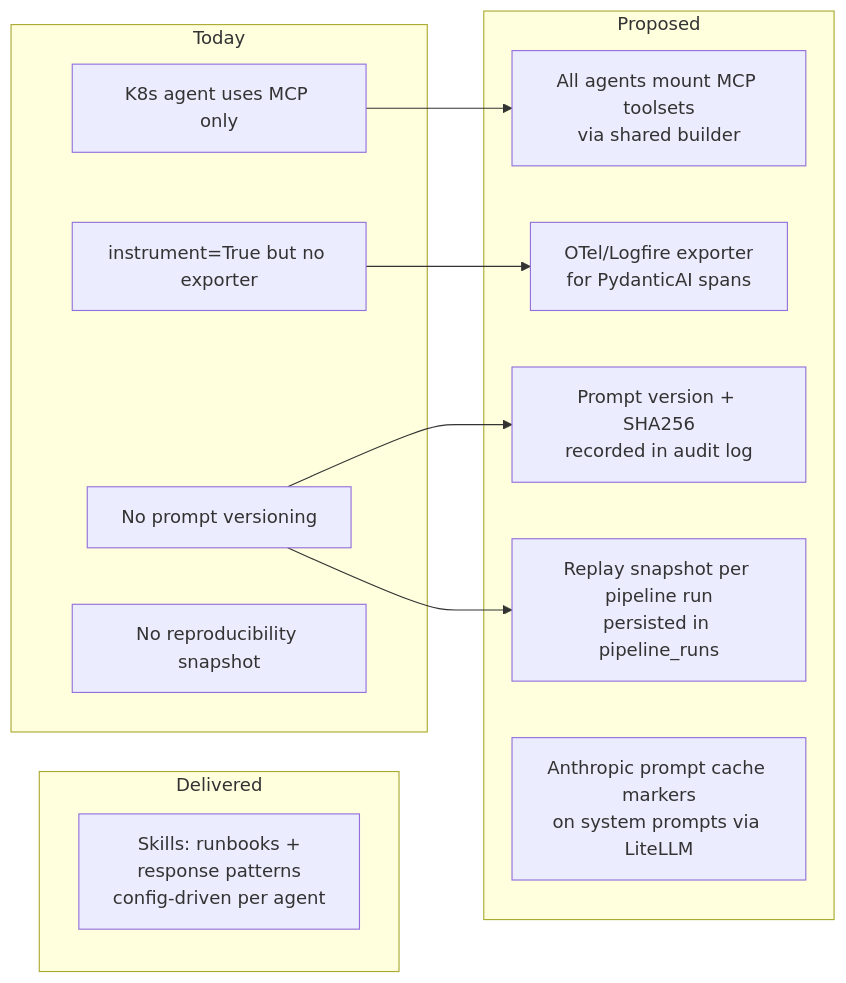
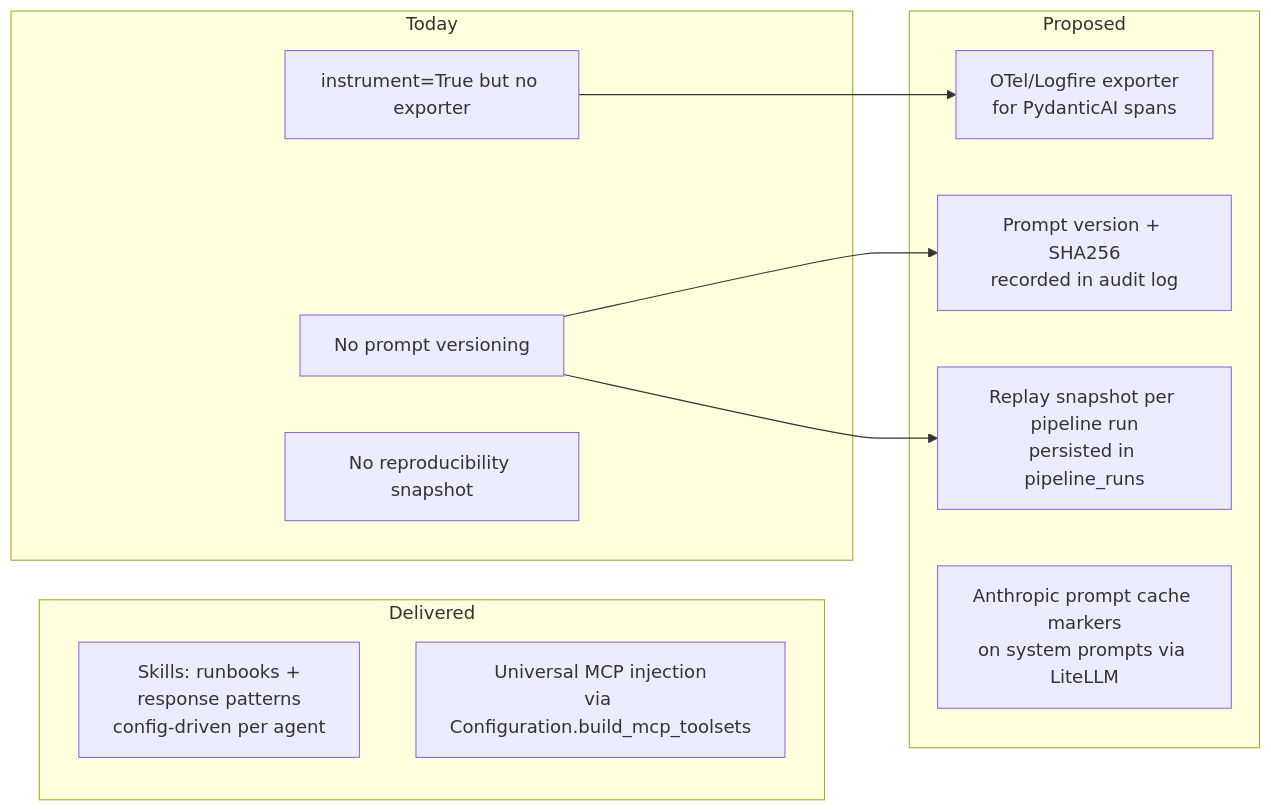
One commit to offtian/sentinel changed the diagram in docs/claude-plan.md. Above: the diagram before and after it, drawn with Mermaid. The commit also changed other lines of this file and 3 other files, not shown here.

````diff
--- a/docs/claude-plan.md
+++ b/docs/claude-plan.md
@@ -283,23 +241,21 @@
 ```mermaid
 flowchart LR
     subgraph Delivered
       B1[Skills: runbooks +<br/>response patterns<br/>config-driven per agent]
+      B2[Universal MCP injection<br/>via Configuration.build_mcp_toolsets]
     end
     subgraph Today
-      A2[K8s agent uses MCP only]
       A3[instrument=True but no exporter]
       A4[No prompt versioning]
       A5[No reproducibility snapshot]
     end
     subgraph Proposed
-      B2[All agents mount MCP toolsets<br/>via shared builder]
       B3[OTel/Logfire exporter<br/>for PydanticAI spans]
       B4[Prompt version + SHA256<br/>recorded in audit log]
       B5[Replay snapshot per pipeline run<br/>persisted in pipeline_runs]
       B6[Anthropic prompt cache markers<br/>on system prompts via LiteLLM]
     end
-    A2 --> B2
     A3 --> B3
     A4 --> B4
     A4 --> B5
 ```
````
